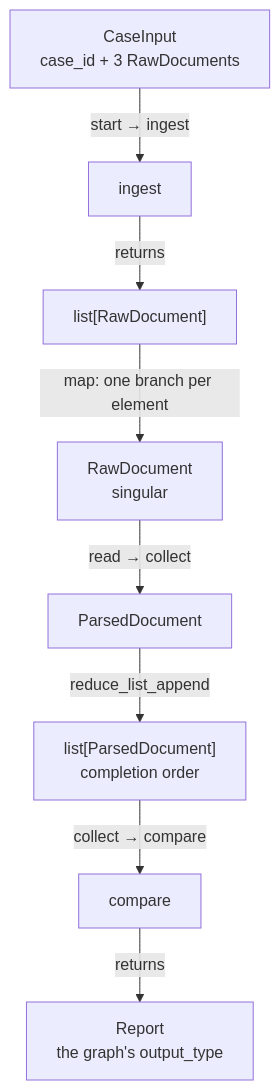
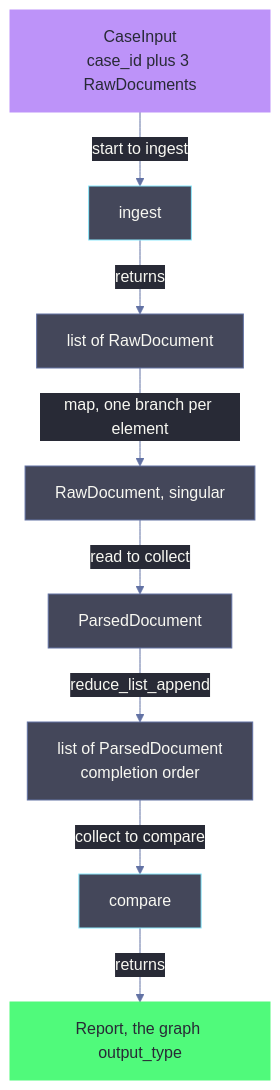
Before and after one commit to selvakumarperumal/tfd_prototype: the eighth of 39 diagrams in API_FLOW.md, drawn with Mermaid. The commit also changed other lines of this file, not shown here.

Commit message:
Update API flow documentation

````diff
--- a/API_FLOW.md
+++ b/API_FLOW.md
@@ -289,10 +358,21 @@
 ```mermaid
+%%{init:{'theme':'base','themeVariables':{'darkMode':true,'background':'#282a36','mainBkg':'#44475a','primaryColor':'#44475a','primaryTextColor':'#f8f8f2','primaryBorderColor':'#bd93f9','lineColor':'#6272a4','textColor':'#f8f8f2','nodeBorder':'#bd93f9','clusterBkg':'#21222c','clusterBorder':'#6272a4','edgeLabelBackground':'#282a36','actorBkg':'#44475a','actorBorder':'#bd93f9','actorTextColor':'#f8f8f2','actorLineColor':'#6272a4','signalColor':'#f8f8f2','signalTextColor':'#f8f8f2','noteBkgColor':'#414458','noteBorderColor':'#ffb86c','noteTextColor':'#f8f8f2','activationBkgColor':'#6272a4','activationBorderColor':'#bd93f9','labelBoxBkgColor':'#44475a','labelBoxBorderColor':'#bd93f9','labelTextColor':'#f8f8f2','loopTextColor':'#f8f8f2','sequenceNumberColor':'#282a36'}}}%%
 flowchart TD
-    A["CaseInput<br/>case_id + 3 RawDocuments"] -->|start → ingest| B["ingest"]
-    B -->|returns| C["list[RawDocument]"]
-    C -->|map: one branch per element| D["RawDocument<br/>singular"]
-    D -->|read → collect| E["ParsedDocument"]
-    E -->|reduce_list_append| F["list[ParsedDocument]<br/>completion order"]
-    F -->|collect → compare| G["compare"]
-    G -->|returns| H["Report<br/>the graph's output_type"]
+    A["CaseInput<br/>case_id plus 3 RawDocuments"] -->|start to ingest| B["ingest"]
+    B -->|returns| C["list of RawDocument"]
+    C -->|map, one branch per element| D["RawDocument, singular"]
+    D -->|read to collect| E["ParsedDocument"]
+    E -->|reduce_list_append| F["list of ParsedDocument<br/>completion order"]
+    F -->|collect to compare| G["compare"]
+    G -->|returns| H["Report, the graph output_type"]
+
+    class B,G fn
+    class C,D,E,F leaf
+    class A entry
+    class H ok
+
+    classDef entry fill:#bd93f9,stroke:#bd93f9,color:#282a36
+    classDef fn fill:#44475a,stroke:#8be9fd,color:#f8f8f2
+    classDef leaf fill:#44475a,stroke:#6272a4,color:#f8f8f2
+    classDef ok fill:#50fa7b,stroke:#50fa7b,color:#282a36
 ```
````
